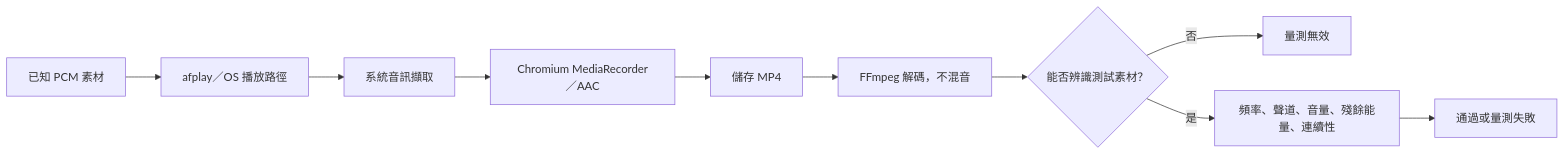
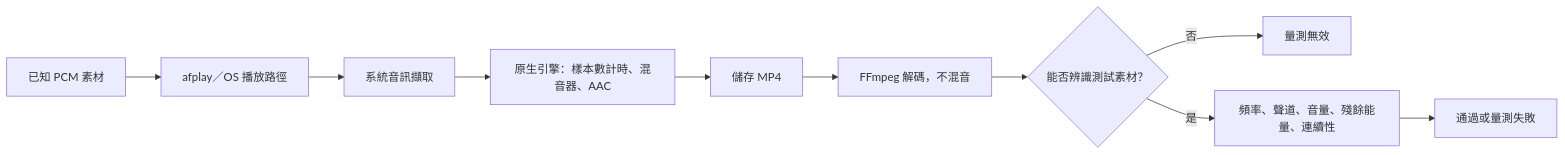
The diagram in docs/zh-TW/system-design/audio-quality.md (EricTsai83/recordstuff), drawn with Mermaid before and after one commit. The commit also changed other lines of this file and 51 other files, not shown here.

````diff
--- a/docs/zh-TW/system-design/audio-quality.md
+++ b/docs/zh-TW/system-design/audio-quality.md
@@ -15,12 +15,12 @@
 ```mermaid
 flowchart LR
     A[已知 PCM 素材] --> B[afplay／OS 播放路徑]
     B --> C[系統音訊擷取]
-    C --> D[Chromium MediaRecorder／AAC]
+    C --> D[原生引擎：樣本數計時、混音器、AAC]
     D --> E[儲存 MP4]
     E --> F[FFmpeg 解碼，不混音]
     F --> G{能否辨識測試素材？}
     G -->|否| H[量測無效]
     G -->|是| I[頻率、聲道、音量、殘餘能量、連續性]
     I --> J[通過或量測失敗]
 ```
````
